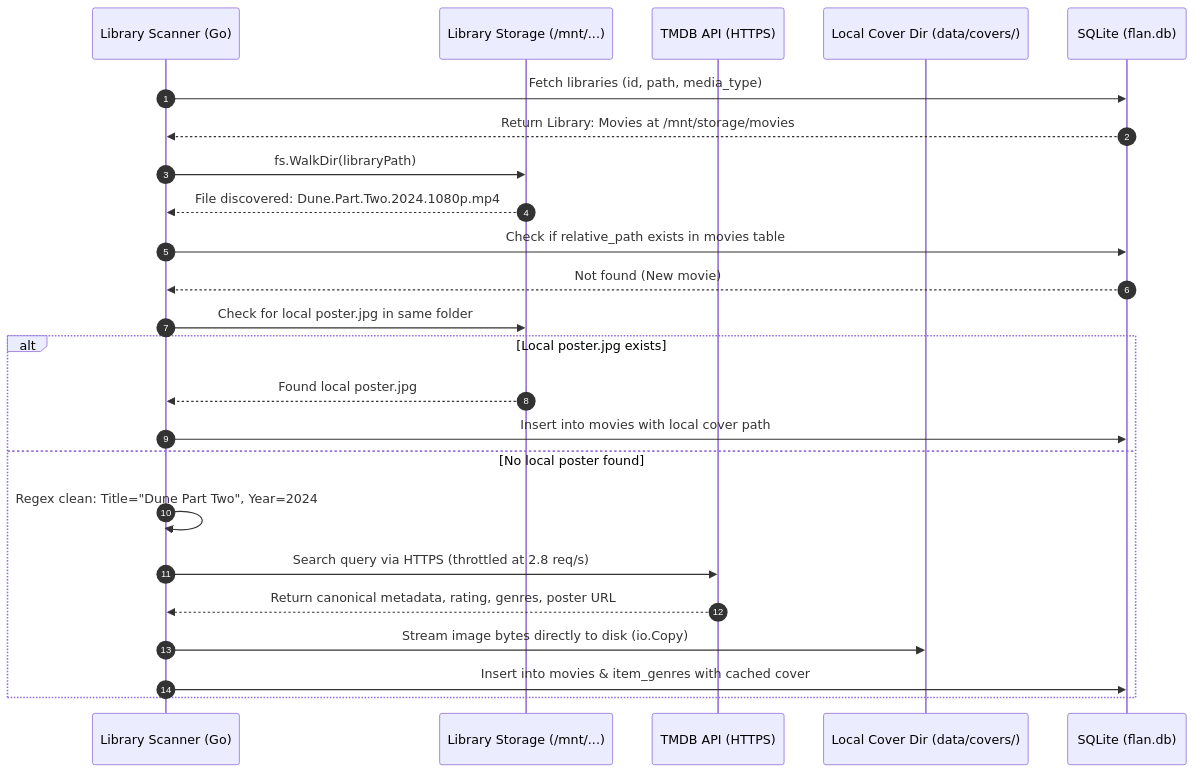
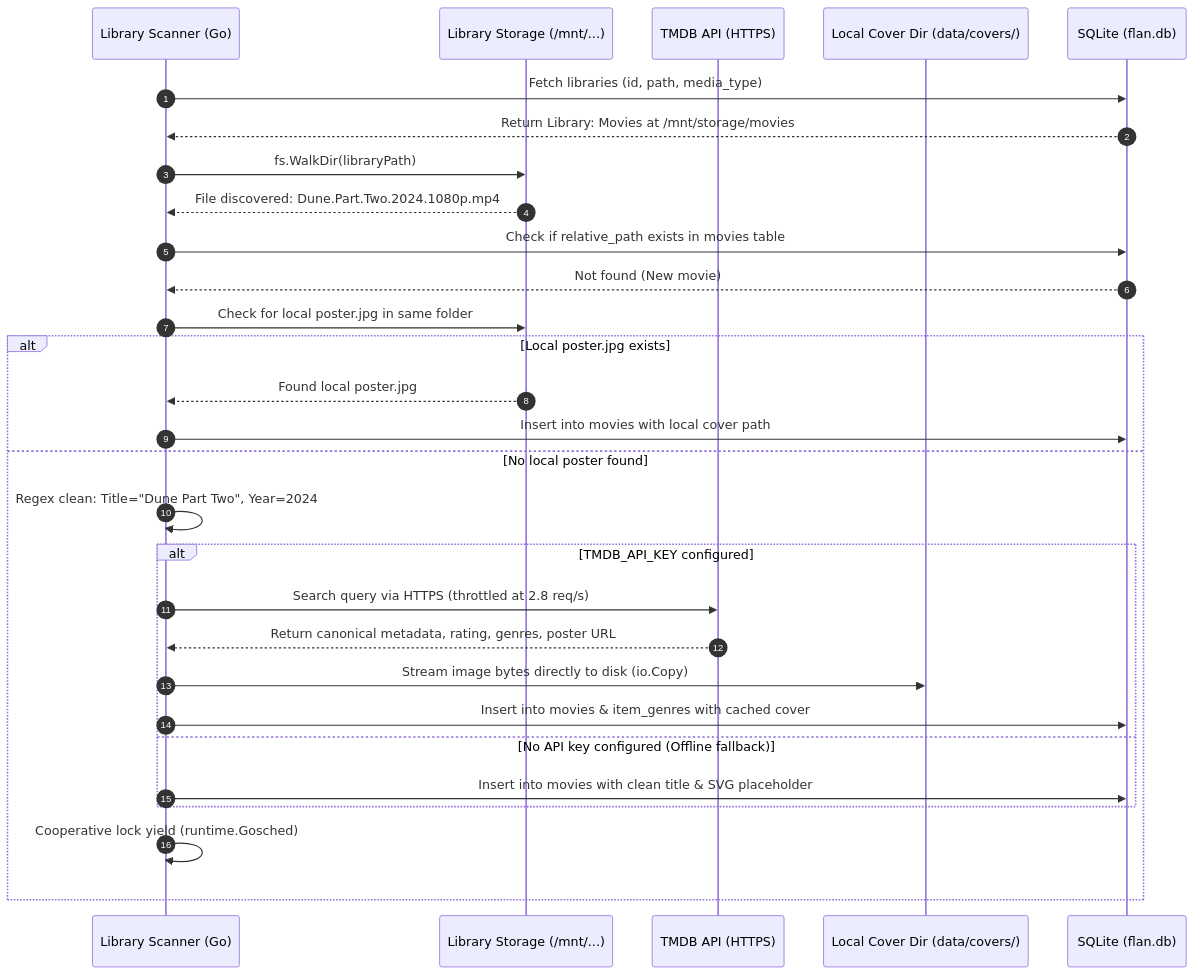
One commit to WesleyEsq/Flan-Media-Server changed the fourth of 6 diagrams in docs/diagrams/data-flow.md. Above: the diagram before and after it, drawn with Mermaid. The commit also changed other lines of this file and 8 other files, not shown here.

````diff
--- a/docs/diagrams/data-flow.md
+++ b/docs/diagrams/data-flow.md
@@ -161,30 +161,35 @@
 ```mermaid
 sequenceDiagram
     autonumber
     participant Scanner as Library Scanner (Go)
     participant Disk as Library Storage (/mnt/...)
     participant TMDB as TMDB API (HTTPS)
     participant Covers as Local Cover Dir (data/covers/)
     participant DB as SQLite (flan.db)
 
     Scanner->>DB: Fetch libraries (id, path, media_type)
     DB-->>Scanner: Return Library: Movies at /mnt/storage/movies
 
     Scanner->>Disk: fs.WalkDir(libraryPath)
     Disk-->>Scanner: File discovered: Dune.Part.Two.2024.1080p.mp4
 
     Scanner->>DB: Check if relative_path exists in movies table
     DB-->>Scanner: Not found (New movie)
 
     Scanner->>Disk: Check for local poster.jpg in same folder
     alt Local poster.jpg exists
         Disk-->>Scanner: Found local poster.jpg
         Scanner->>DB: Insert into movies with local cover path
     else No local poster found
         Scanner->>Scanner: Regex clean: Title="Dune Part Two", Year=2024
-        Scanner->>TMDB: Search query via HTTPS (throttled at 2.8 req/s)
-        TMDB-->>Scanner: Return canonical metadata, rating, genres, poster URL
-        Scanner->>Covers: Stream image bytes directly to disk (io.Copy)
-        Scanner->>DB: Insert into movies & item_genres with cached cover
+        alt TMDB_API_KEY configured
+            Scanner->>TMDB: Search query via HTTPS (throttled at 2.8 req/s)
+            TMDB-->>Scanner: Return canonical metadata, rating, genres, poster URL
+            Scanner->>Covers: Stream image bytes directly to disk (io.Copy)
+            Scanner->>DB: Insert into movies & item_genres with cached cover
+        else No API key configured (Offline fallback)
+            Scanner->>DB: Insert into movies with clean title & SVG placeholder
+        end
+        Scanner->>Scanner: Cooperative lock yield (runtime.Gosched)
     end
 ```
````
